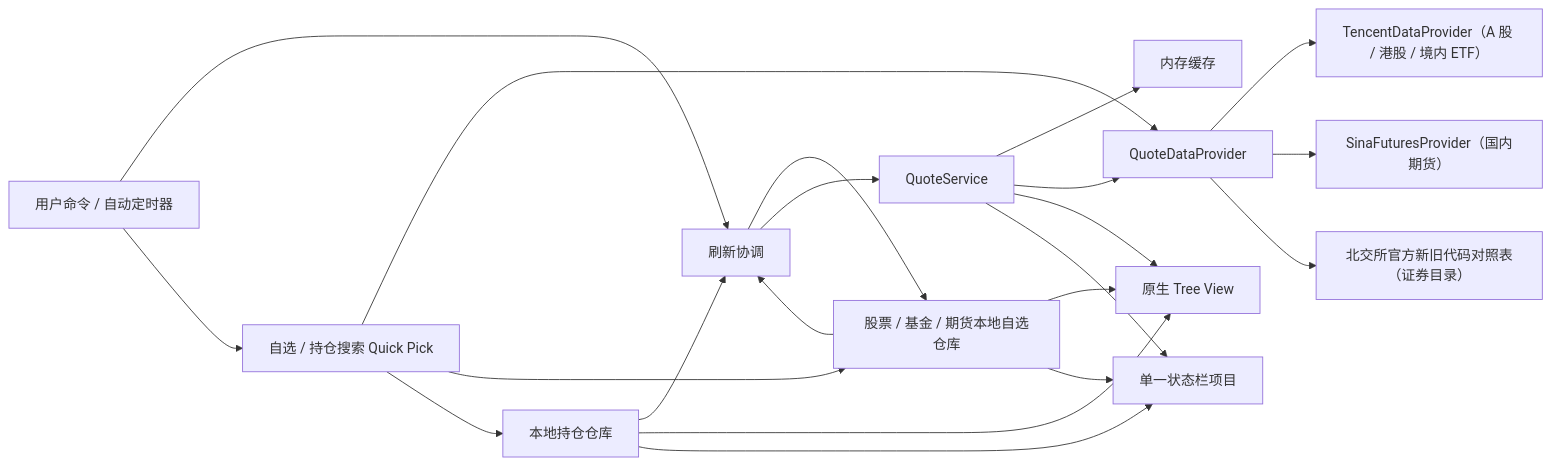
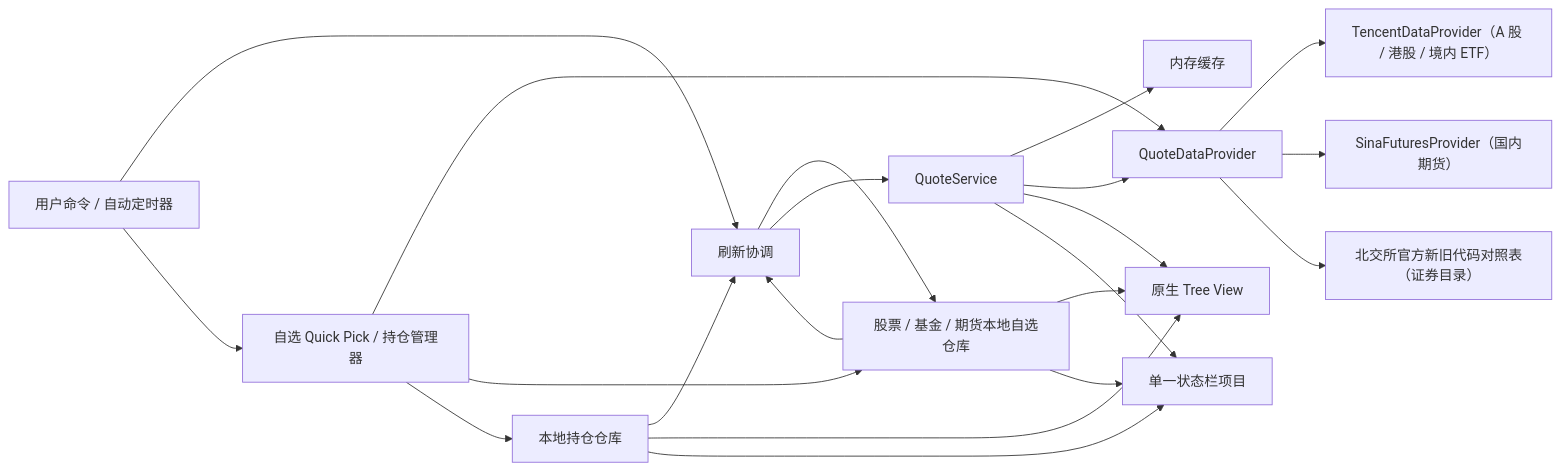
One commit to JSbiu/FishStock changed the diagram in docs/architecture.md. Above: the diagram before and after it, drawn with Mermaid. The commit also changed other lines of this file and 18 other files, not shown here.

````diff
--- a/docs/architecture.md
+++ b/docs/architecture.md
@@ -39,23 +40,23 @@
 ```mermaid
 flowchart LR
     U["用户命令 / 自动定时器"] --> R["刷新协调"]
     R --> W["股票 / 基金 / 期货本地自选仓库"]
     H["本地持仓仓库"] --> R
     W --> R
     R --> Q["QuoteService"]
     Q --> C["内存缓存"]
     Q --> P["QuoteDataProvider"]
     P --> M["TencentDataProvider（A 股 / 港股 / 境内 ETF）"]
     P --> F["SinaFuturesProvider（国内期货）"]
     P --> B["北交所官方新旧代码对照表（证券目录）"]
-    U --> A["自选 / 持仓搜索 Quick Pick"]
+    U --> A["自选 Quick Pick / 持仓管理器"]
     A --> P
     A --> W
     A --> H
     Q --> T["原生 Tree View"]
     Q --> S["单一状态栏项目"]
     W --> T
     W --> S
     H --> T
     H --> S
 ```
````
